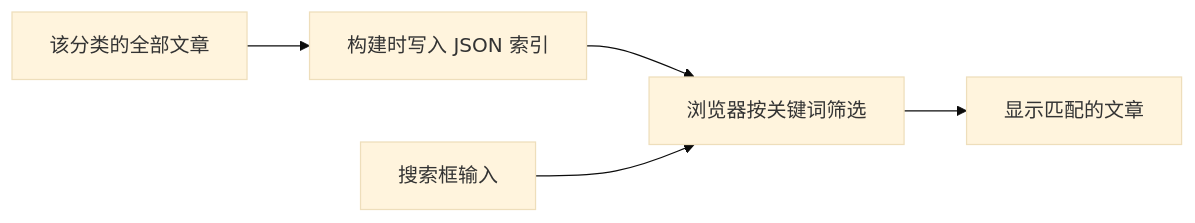
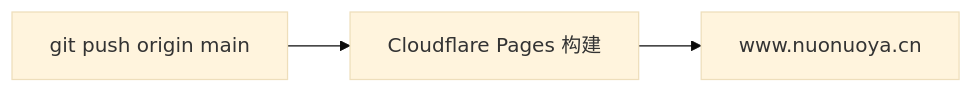
One commit to pluchon/link_cloudfare_website changed the second of 2 diagrams in README.md. Above: the diagram before and after it, drawn with Mermaid (base theme). The commit also changed other lines of this file and 8 other files, not shown here.

````diff
--- a/README.md
+++ b/README.md
@@ -82,7 +82,5 @@
 ```mermaid
 flowchart LR
-    Articles[该分类的全部文章] --> Index[构建时写入 JSON 索引]
-    Index --> Filter[浏览器按关键词筛选]
-    Input[搜索框输入] --> Filter
-    Filter --> Result[显示匹配的文章]
+    Push[git push origin main] --> Pages[Cloudflare Pages 构建]
+    Pages --> Site[www.nuonuoya.cn]
 ```
````
